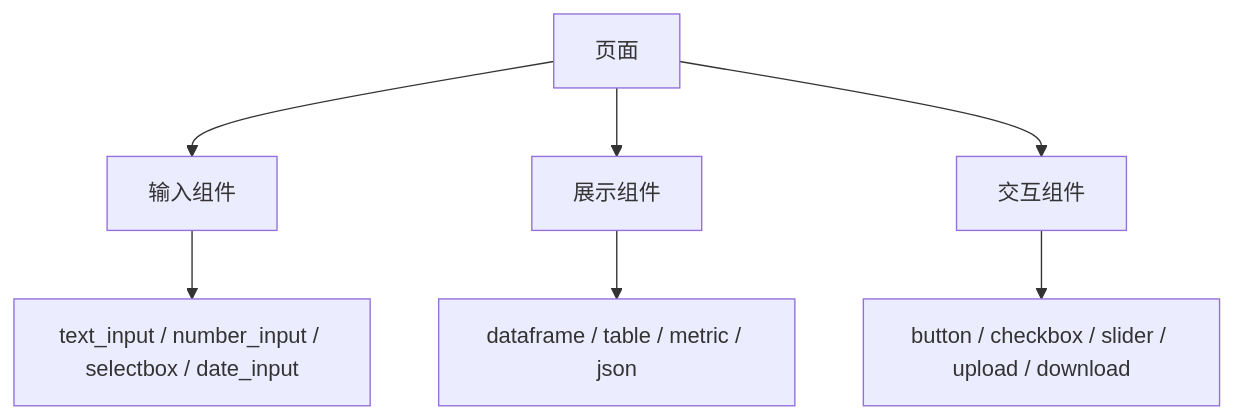
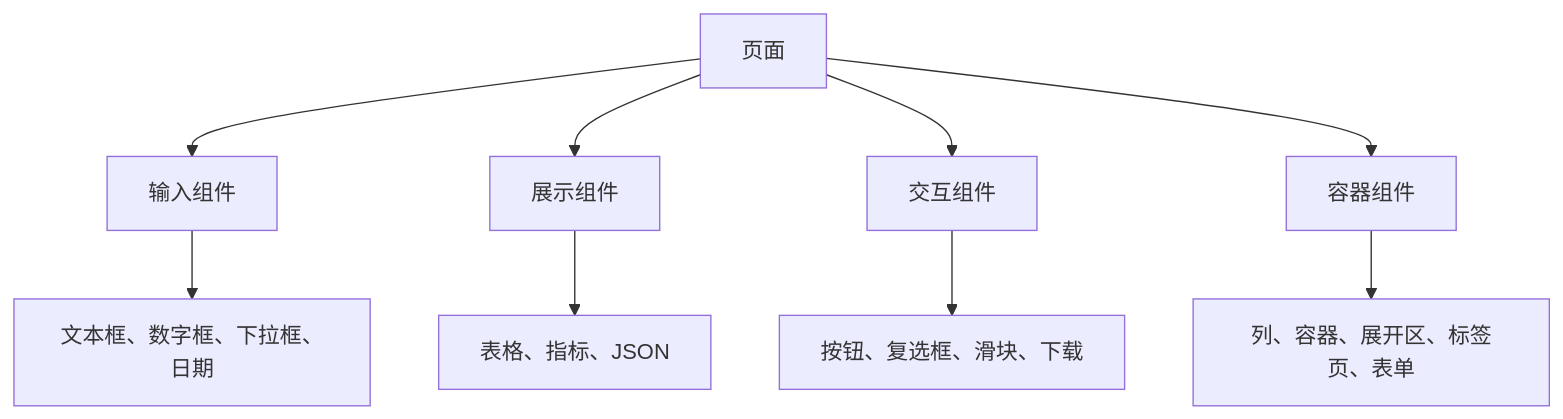
Before and after one commit to PrinZzzzjn/software-engineering-textbook: the diagram in 软件工程实践-2.0/15-常用界面组件.md, drawn with Mermaid. The commit also changed other lines of this file and 63 other files, not shown here.

````diff
--- a/软件工程实践-2.0/15-常用界面组件.md
+++ b/软件工程实践-2.0/15-常用界面组件.md
@@ -68,9 +43,11 @@
 ```mermaid
 flowchart TD
     A[页面] --> B[输入组件]
     A --> C[展示组件]
     A --> D[交互组件]
-    B --> B1[text_input / number_input / selectbox / date_input]
-    C --> C1[dataframe / table / metric / json]
-    D --> D1[button / checkbox / slider / upload / download]
+    A --> E[容器组件]
+    B --> B1[文本框、数字框、下拉框、日期]
+    C --> C1[表格、指标、JSON]
+    D --> D1[按钮、复选框、滑块、下载]
+    E --> E1[列、容器、展开区、标签页、表单]
 ```
````
